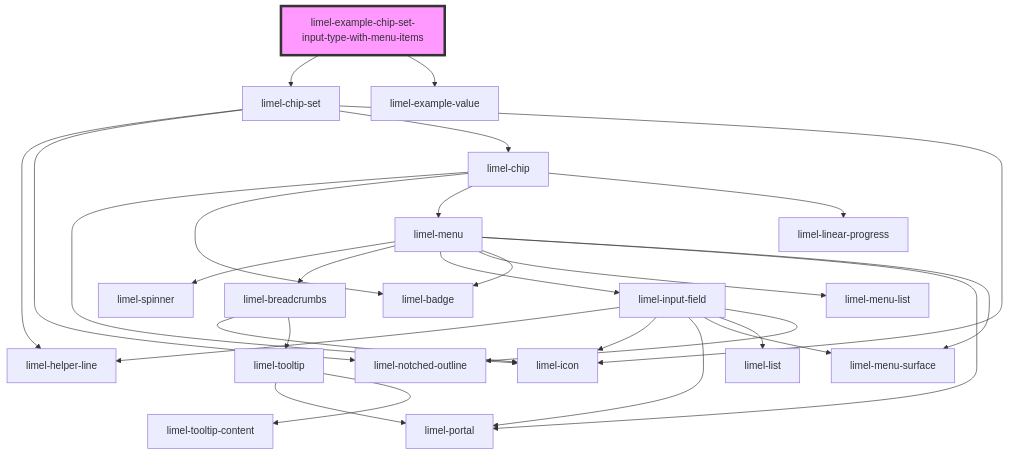
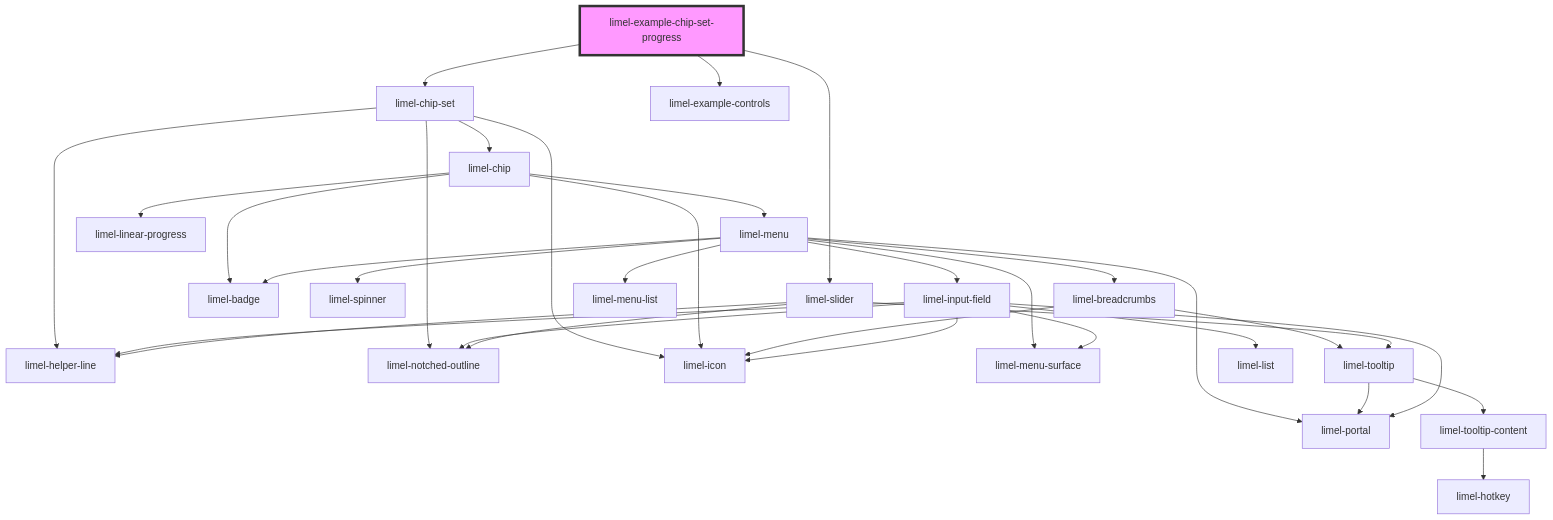
The diagram in versions/PR-3990/markdown-docs/components/chip-set/examples/readme.md (Lundalogik/lime-elements), drawn with Mermaid before and after one commit. The commit also changed other lines of this file and 1095 other files, not shown here.

````diff
--- a/versions/PR-3990/markdown-docs/components/chip-set/examples/readme.md
+++ b/versions/PR-3990/markdown-docs/components/chip-set/examples/readme.md
@@ -30,31 +24,36 @@
 ```mermaid
 graph TD;
-  limel-example-chip-set-input-type-with-menu-items --> limel-chip-set
-  limel-example-chip-set-input-type-with-menu-items --> limel-example-value
+  limel-example-chip-set-progress --> limel-chip-set
+  limel-example-chip-set-progress --> limel-example-controls
+  limel-example-chip-set-progress --> limel-slider
   limel-chip-set --> limel-helper-line
   limel-chip-set --> limel-notched-outline
   limel-chip-set --> limel-chip
   limel-chip-set --> limel-icon
   limel-chip --> limel-icon
   limel-chip --> limel-badge
   limel-chip --> limel-menu
   limel-chip --> limel-linear-progress
   limel-menu --> limel-spinner
   limel-menu --> limel-breadcrumbs
   limel-menu --> limel-input-field
   limel-menu --> limel-menu-list
   limel-menu --> limel-badge
   limel-menu --> limel-portal
   limel-menu --> limel-menu-surface
   limel-breadcrumbs --> limel-icon
   limel-breadcrumbs --> limel-tooltip
   limel-tooltip --> limel-portal
   limel-tooltip --> limel-tooltip-content
+  limel-tooltip-content --> limel-hotkey
   limel-input-field --> limel-helper-line
   limel-input-field --> limel-icon
   limel-input-field --> limel-portal
   limel-input-field --> limel-menu-surface
   limel-input-field --> limel-list
   limel-input-field --> limel-notched-outline
-  style limel-example-chip-set-input-type-with-menu-items fill:#f9f,stroke:#333,stroke-width:4px
+  limel-slider --> limel-helper-line
+  limel-slider --> limel-tooltip
+  limel-slider --> limel-notched-outline
+  style limel-example-chip-set-progress fill:#f9f,stroke:#333,stroke-width:4px
 ```
````
